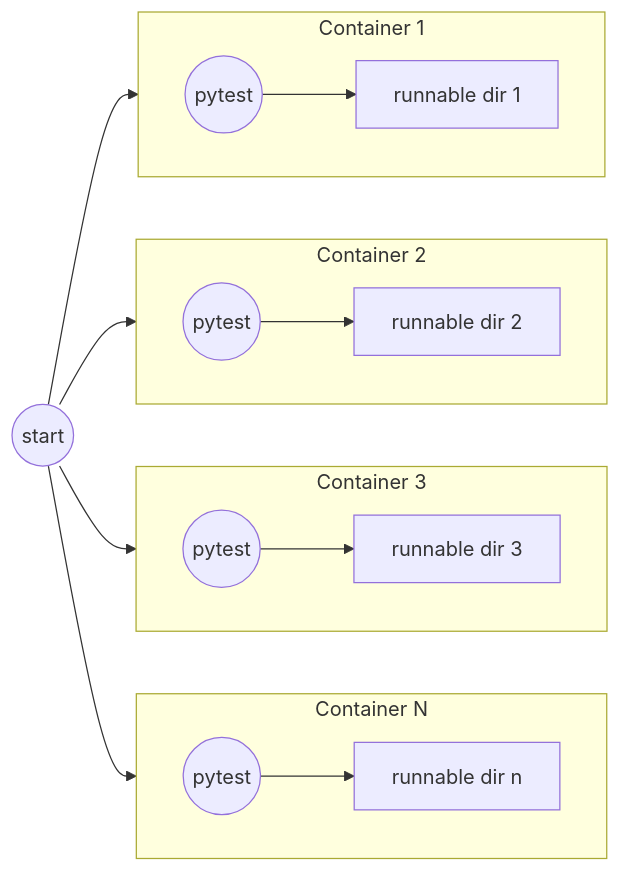
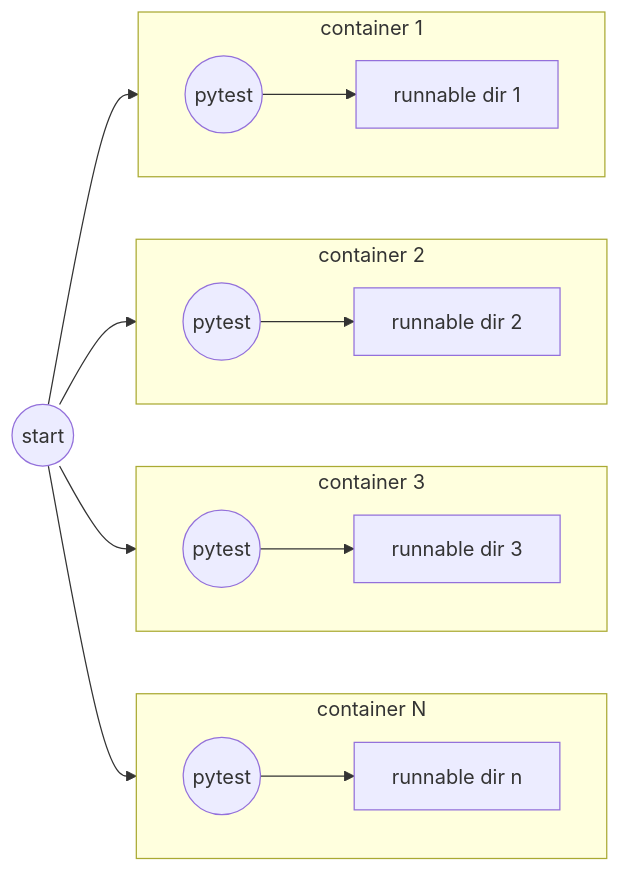
Before and after one commit to causify-ai/helpers: the fifth of 6 diagrams in docs/work_tools/all.runnable_repo.reference.md, drawn with Mermaid. The commit also changed other lines of this file, not shown here.

Commit message:
checkpoint

````diff
--- a/docs/work_tools/all.runnable_repo.reference.md
+++ b/docs/work_tools/all.runnable_repo.reference.md
@@ -247,24 +247,24 @@
 ```mermaid
 graph LR
     start((start))
     start --> container_1
     start --> container_2
     start --> container_3
     start --> container_n
-    subgraph container_1[Container 1]
+    subgraph container_1[container 1]
         direction LR
         pytest_1((pytest)) --> runnable_dir1[runnable dir 1]
     end
-    subgraph container_2[Container 2]
+    subgraph container_2[container 2]
         direction LR
         pytest_2((pytest)) --> runnable_dir2[runnable dir 2]
     end
-    subgraph container_3[Container 3]
+    subgraph container_3[container 3]
         direction LR
         pytest_3((pytest)) --> runnable_dir3[runnable dir 3]
     end
-    subgraph container_n[Container N]
+    subgraph container_n[container N]
         direction LR
         pytest_n((pytest)) --> runnable_dir_n[runnable dir n]
     end
 ```
````
